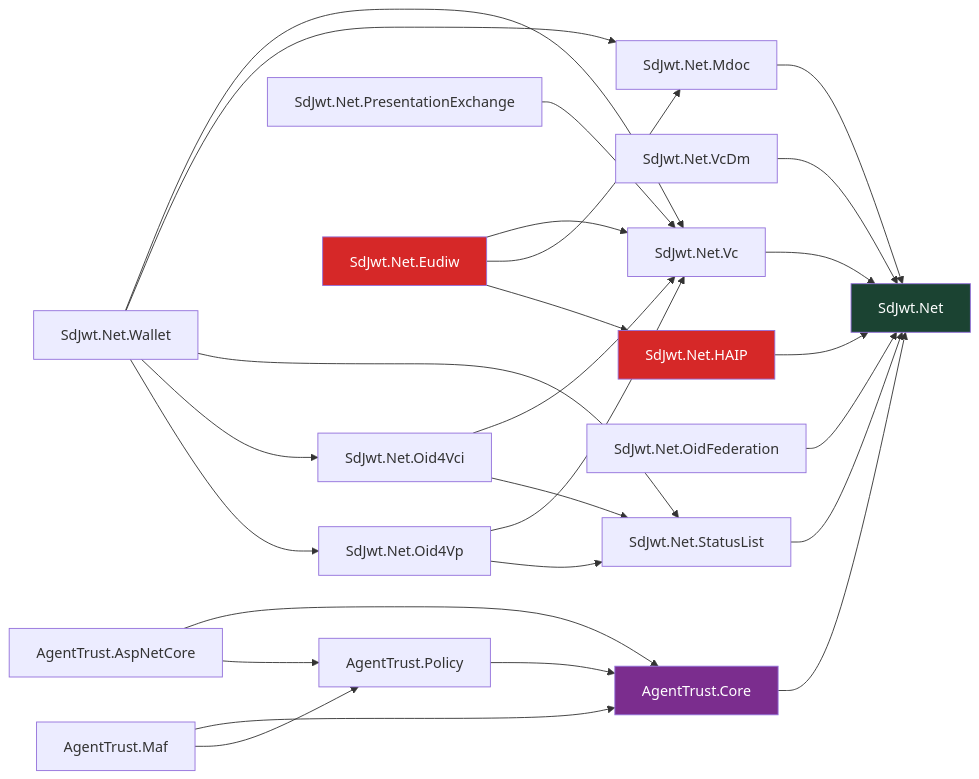
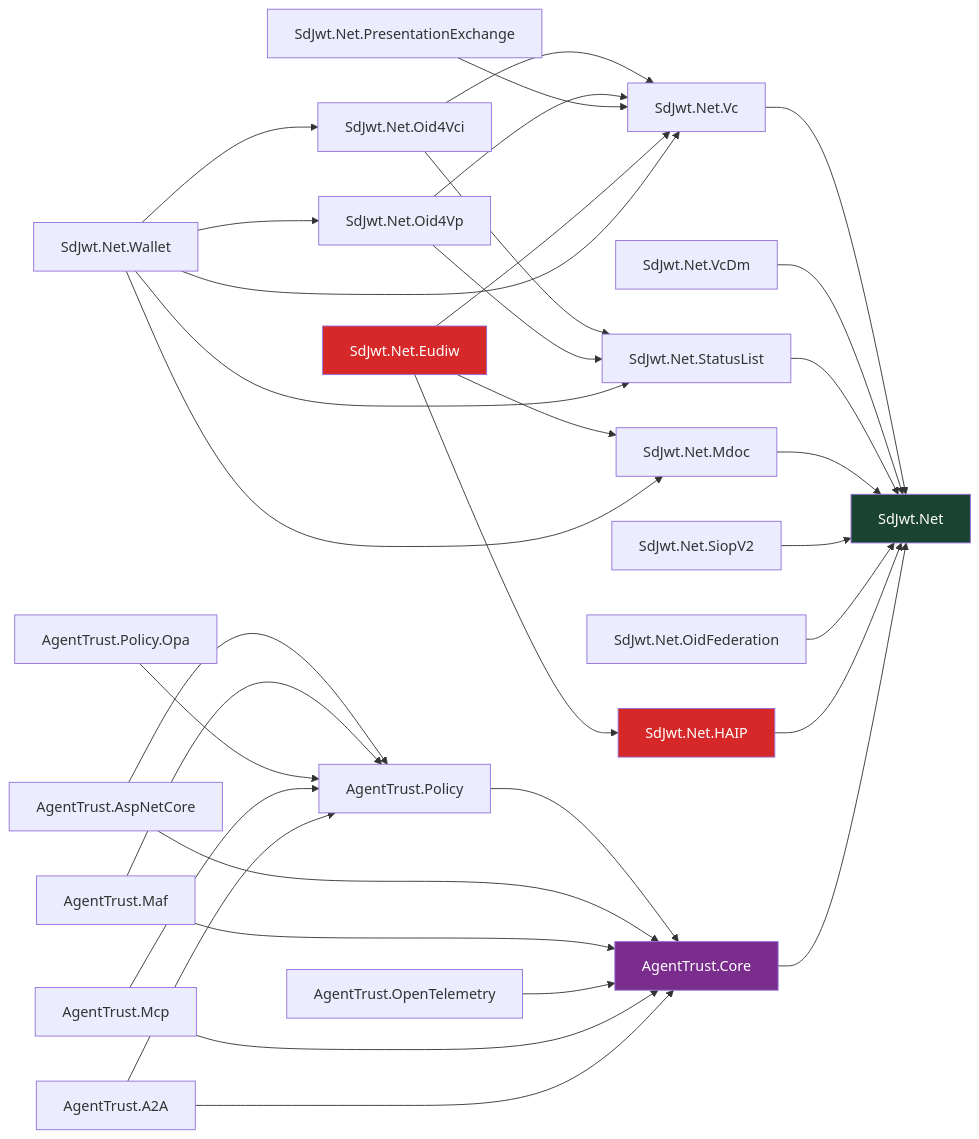
The first of 6 diagrams in docs/concepts/ecosystem-architecture.md (openwallet-foundation-labs/sd-jwt-dotnet), drawn with Mermaid before and after one commit. The commit also changed other lines of this file and 138 other files, not shown here.

````diff
--- a/docs/concepts/ecosystem-architecture.md
+++ b/docs/concepts/ecosystem-architecture.md
@@ -153,38 +94,45 @@
 ```mermaid
 graph LR
     Core["SdJwt.Net"]
 
     Vc["SdJwt.Net.Vc"] --> Core
     VcDm["SdJwt.Net.VcDm"] --> Core
     StatusList["SdJwt.Net.StatusList"] --> Core
     Mdoc["SdJwt.Net.Mdoc"] --> Core
 
     OID4VCI["SdJwt.Net.Oid4Vci"] --> Vc
     OID4VCI --> StatusList
     OID4VP["SdJwt.Net.Oid4Vp"] --> Vc
     OID4VP --> StatusList
+    SIOPv2["SdJwt.Net.SiopV2"] --> Core
     PEX["SdJwt.Net.PresentationExchange"] --> Vc
     Fed["SdJwt.Net.OidFederation"] --> Core
 
     HAIP["SdJwt.Net.HAIP"] --> Core
     Eudiw["SdJwt.Net.Eudiw"] --> Vc
     Eudiw --> Mdoc
     Eudiw --> HAIP
     Wallet["SdJwt.Net.Wallet"] --> Vc
     Wallet --> Mdoc
     Wallet --> StatusList
     Wallet --> OID4VCI
     Wallet --> OID4VP
 
     ATCore["AgentTrust.Core"] --> Core
     ATPolicy["AgentTrust.Policy"] --> ATCore
     ATAsp["AgentTrust.AspNetCore"] --> ATCore
     ATAsp --> ATPolicy
     ATMaf["AgentTrust.Maf"] --> ATCore
     ATMaf --> ATPolicy
+    ATOtel["AgentTrust.OpenTelemetry"] --> ATCore
+    ATOpa["AgentTrust.Policy.Opa"] --> ATPolicy
+    ATMcp["AgentTrust.Mcp"] --> ATCore
+    ATMcp --> ATPolicy
+    ATA2A["AgentTrust.A2A"] --> ATCore
+    ATA2A --> ATPolicy
 
     style Core fill:#1b4332,color:#fff
     style HAIP fill:#d62828,color:#fff
     style Eudiw fill:#d62828,color:#fff
     style ATCore fill:#7b2d8e,color:#fff
 ```
````
